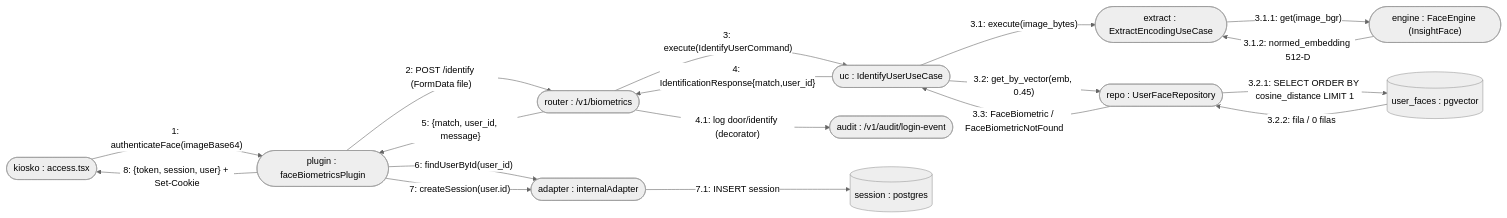
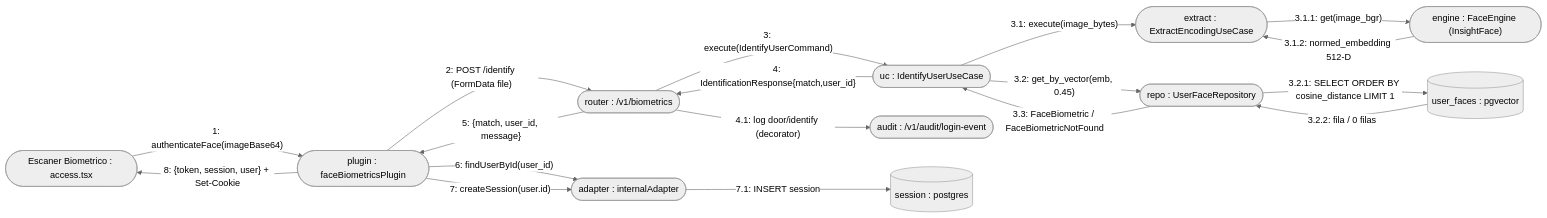
Before and after one commit to Indroic/access-control-system: the first of 3 diagrams in docs/diagramas/12-comunicacion.md, drawn with Mermaid (neutral theme). The commit also changed other lines of this file and 11 other files, not shown here.

Commit message:
cambio de nombre de kiosko a Escaner Biometrico

````diff
--- a/docs/diagramas/12-comunicacion.md
+++ b/docs/diagramas/12-comunicacion.md
@@ -13,31 +13,31 @@
 ```mermaid
 flowchart LR
-    O_KIOSK(["kiosko : access.tsx"])
+    O_KIOSK(["Escaner Biometrico : access.tsx"])
     O_PLUGIN(["plugin : faceBiometricsPlugin"])
     O_ADAPTER(["adapter : internalAdapter"])
     O_API(["router : /v1/biometrics"])
     O_UC(["uc : IdentifyUserUseCase"])
     O_EXTRACT(["extract : ExtractEncodingUseCase"])
     O_ENGINE(["engine : FaceEngine (InsightFace)"])
     O_REPO(["repo : UserFaceRepository"])
     O_PG[("user_faces : pgvector")]
     O_AUDIT(["audit : /v1/audit/login-event"])
 
     O_KIOSK -->|"1: authenticateFace(imageBase64)"| O_PLUGIN
     O_PLUGIN -->|"2: POST /identify (FormData file)"| O_API
     O_API -->|"3: execute(IdentifyUserCommand)"| O_UC
     O_UC -->|"3.1: execute(image_bytes)"| O_EXTRACT
     O_EXTRACT -->|"3.1.1: get(image_bgr)"| O_ENGINE
     O_ENGINE -->|"3.1.2: normed_embedding 512-D"| O_EXTRACT
     O_UC -->|"3.2: get_by_vector(emb, 0.45)"| O_REPO
     O_REPO -->|"3.2.1: SELECT ORDER BY cosine_distance LIMIT 1"| O_PG
     O_PG -->|"3.2.2: fila / 0 filas"| O_REPO
     O_REPO -->|"3.3: FaceBiometric / FaceBiometricNotFound"| O_UC
     O_UC -->|"4: IdentificationResponse{match,user_id}"| O_API
     O_API -->|"4.1: log door/identify (decorator)"| O_AUDIT
     O_API -->|"5: {match, user_id, message}"| O_PLUGIN
     O_PLUGIN -->|"6: findUserById(user_id)"| O_ADAPTER
     O_PLUGIN -->|"7: createSession(user.id)"| O_ADAPTER
     O_ADAPTER -->|"7.1: INSERT session"| O_PG2[("session : postgres")]
     O_PLUGIN -->|"8: {token, session, user} + Set-Cookie"| O_KIOSK
 ```
````
